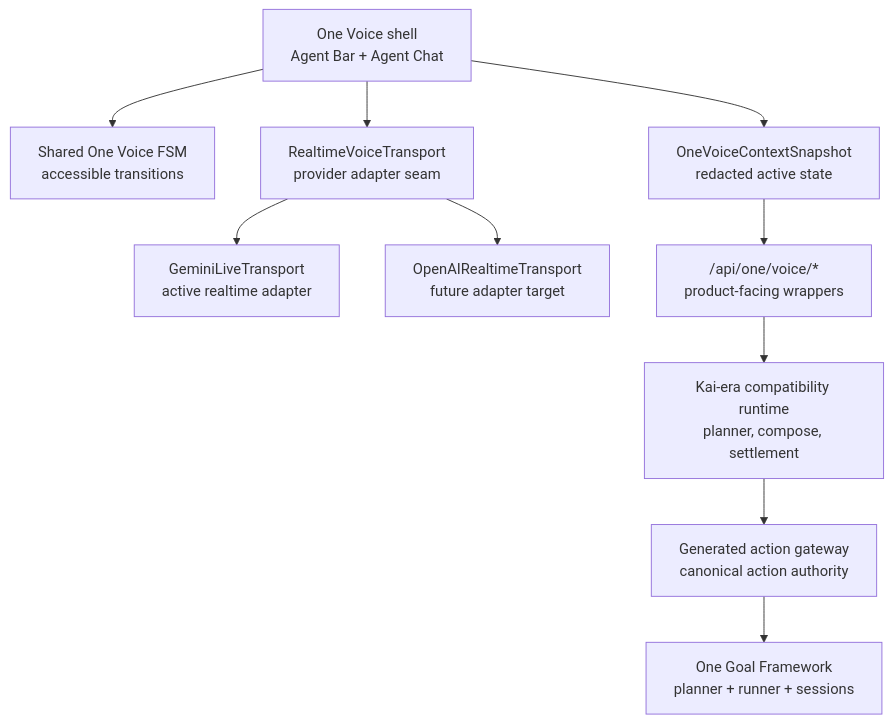
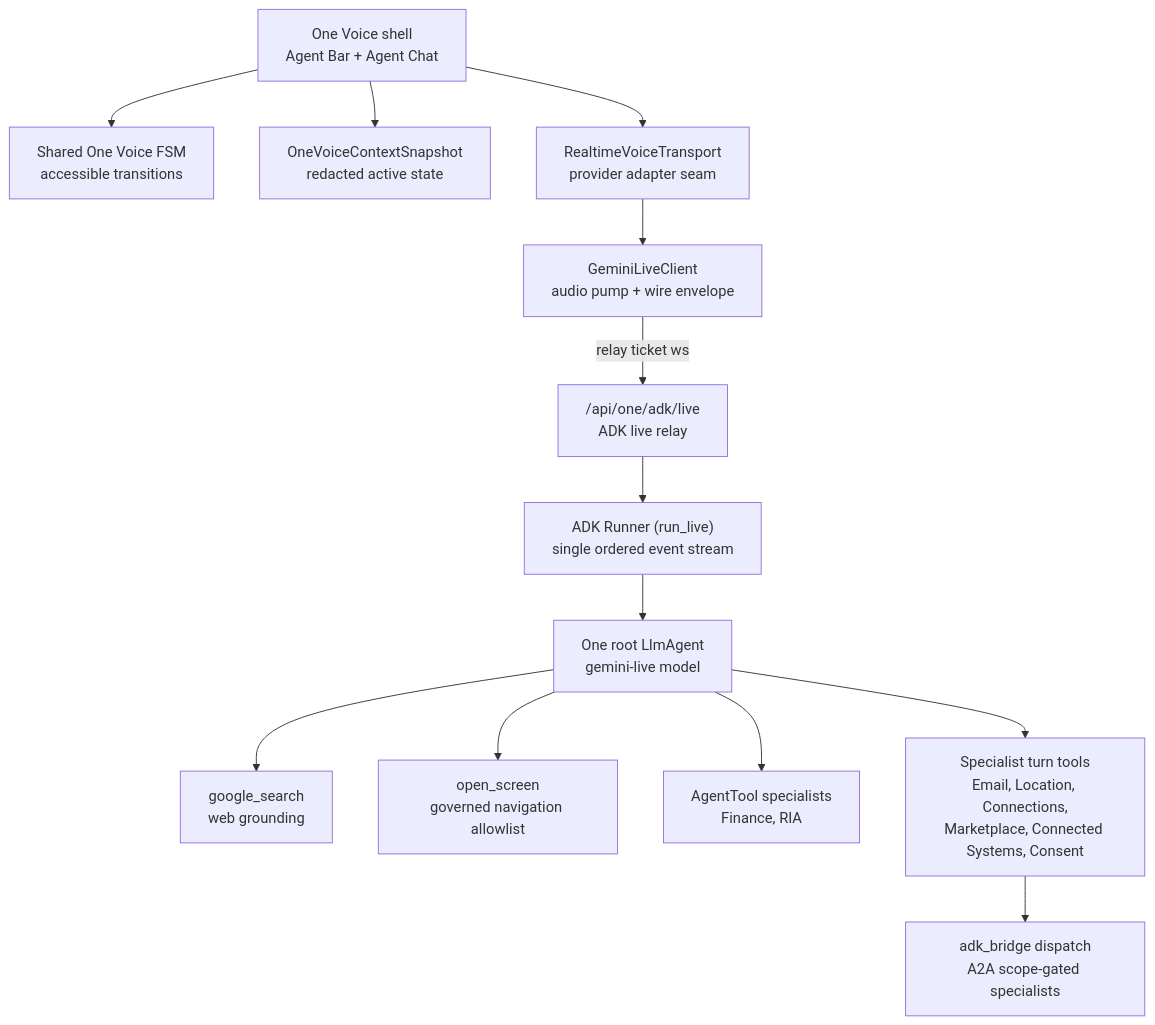
One commit to hushh-labs/hushh-research changed the diagram in docs/reference/one/one-voice-runtime-architecture.md. Above: the diagram before and after it, drawn with Mermaid. The commit also changed other lines of this file and 1 other file, not shown here.

First line of the commit message:
docs(one): rewrite voice runtime architecture for the ADK runner

````diff
--- a/docs/reference/one/one-voice-runtime-architecture.md
+++ b/docs/reference/one/one-voice-runtime-architecture.md
@@ -7,23 +7,29 @@
 ```mermaid
 flowchart TD
   shell["One Voice shell<br/>Agent Bar + Agent Chat"]
   fsm["Shared One Voice FSM<br/>accessible transitions"]
   context["OneVoiceContextSnapshot<br/>redacted active state"]
   transport["RealtimeVoiceTransport<br/>provider adapter seam"]
-  gemini["GeminiLiveTransport<br/>active realtime adapter"]
-  openai["OpenAIRealtimeTransport<br/>future adapter target"]
-  gateway["Generated action gateway<br/>canonical action authority"]
-  goal["One Goal Framework<br/>planner + runner + sessions"]
-  kai["Kai-era compatibility runtime<br/>planner, compose, settlement"]
-  oneapi["/api/one/voice/*<br/>product-facing wrappers"]
+  gemini["GeminiLiveClient<br/>audio pump + wire envelope"]
+  relay["/api/one/adk/live<br/>ADK live relay"]
+  runner["ADK Runner (run_live)<br/>single ordered event stream"]
+  one["One root LlmAgent<br/>gemini-live model"]
+  search["google_search<br/>web grounding"]
+  nav["open_screen<br/>governed navigation allowlist"]
+  agenttools["AgentTool specialists<br/>Finance, RIA"]
+  fntools["Specialist turn tools<br/>Email, Location, Connections,<br/>Marketplace, Connected Systems, Consent"]
+  a2a["adk_bridge dispatch<br/>A2A scope-gated specialists"]
 
   shell --> fsm
   shell --> context
   shell --> transport
   transport --> gemini
-  transport --> openai
-  context --> oneapi
-  oneapi --> kai
-  kai --> gateway
-  gateway --> goal
+  gemini -- "relay ticket ws" --> relay
+  relay --> runner
+  runner --> one
+  one --> search
+  one --> nav
+  one --> agenttools
+  one --> fntools
+  fntools --> a2a
 ```
````
